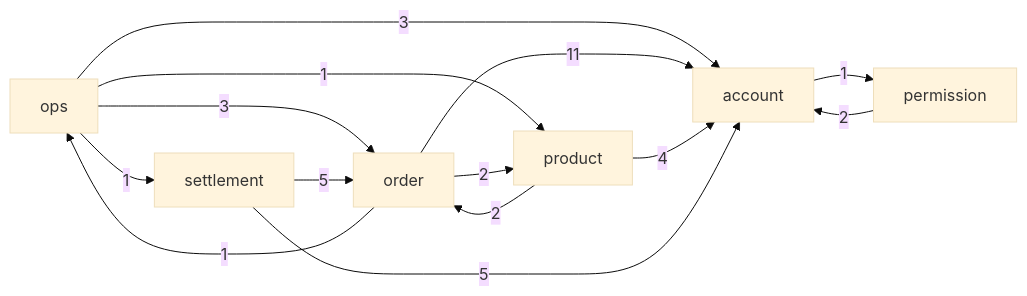
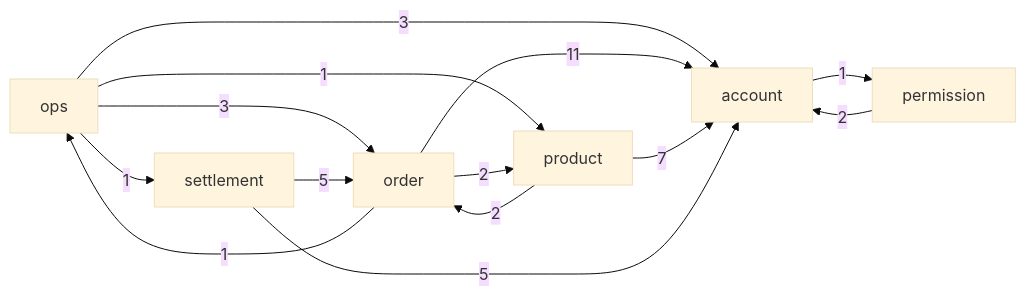
Before and after one commit to ejg93/ProjectShop: the diagram in doc/erd/index.md, drawn with Mermaid (base theme). The commit also changed other lines of this file and 16 other files, not shown here.

````diff
--- a/doc/erd/index.md
+++ b/doc/erd/index.md
@@ -5,16 +5,16 @@
 ```mermaid
 flowchart LR
     account -->|1| permission
     ops -->|3| account
     ops -->|3| order
     ops -->|1| product
     ops -->|1| settlement
     order -->|11| account
     order -->|1| ops
     order -->|2| product
     permission -->|2| account
-    product -->|4| account
+    product -->|7| account
     product -->|2| order
     settlement -->|5| account
     settlement -->|5| order
 ```
````
